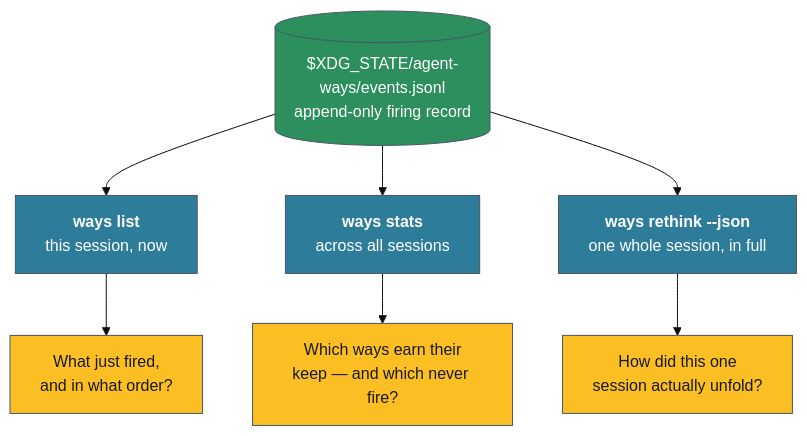
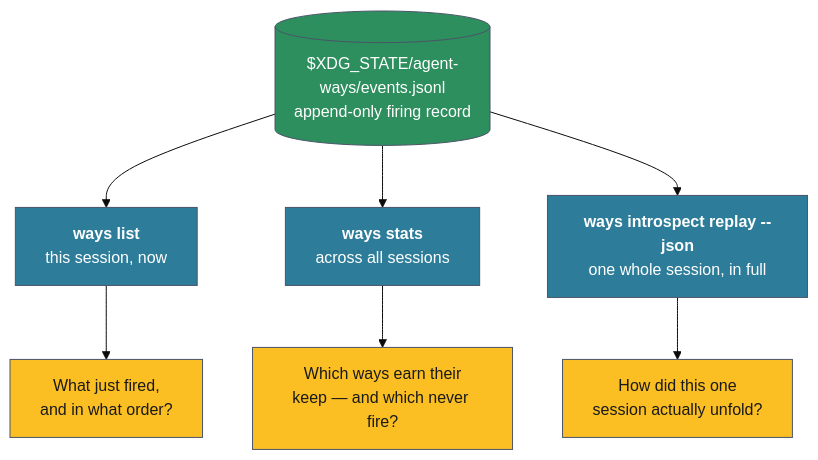
Before and after one commit to aaronsb/agent-ways: the diagram in docs/explanation/how-ways-works/reading-the-session-data.md, drawn with Mermaid (base theme). The commit also changed other lines of this file and 6 other files, not shown here.

First line of the commit message:
docs: ways introspect replay replaces ways rethink

````diff
--- a/docs/explanation/how-ways-works/reading-the-session-data.md
+++ b/docs/explanation/how-ways-works/reading-the-session-data.md
@@ -26,27 +26,27 @@
 ```mermaid
 flowchart TB
     Log[("$XDG_STATE/agent-ways/events.jsonl<br/>append-only firing record")]
 
     List["<b>ways list</b><br/>this session, now"]
     Stats["<b>ways stats</b><br/>across all sessions"]
-    Json["<b>ways rethink --json</b><br/>one whole session, in full"]
+    Json["<b>ways introspect replay --json</b><br/>one whole session, in full"]
 
     Log --> List
     Log --> Stats
     Log --> Json
 
     Q1["What just fired,<br/>and in what order?"]
     Q2["Which ways earn their<br/>keep — and which never fire?"]
     Q3["How did this one<br/>session actually unfold?"]
 
     List --> Q1
     Stats --> Q2
     Json --> Q3
 
     classDef durable fill:#2d8e5e,color:#ffffff,stroke:#4a5568
     classDef tool fill:#2d7d9a,color:#ffffff,stroke:#4a5568
     classDef q fill:#fbbf24,color:#1a1a1a,stroke:#4a5568
     class Log durable
     class List,Stats,Json tool
     class Q1,Q2,Q3 q
 ```
````
